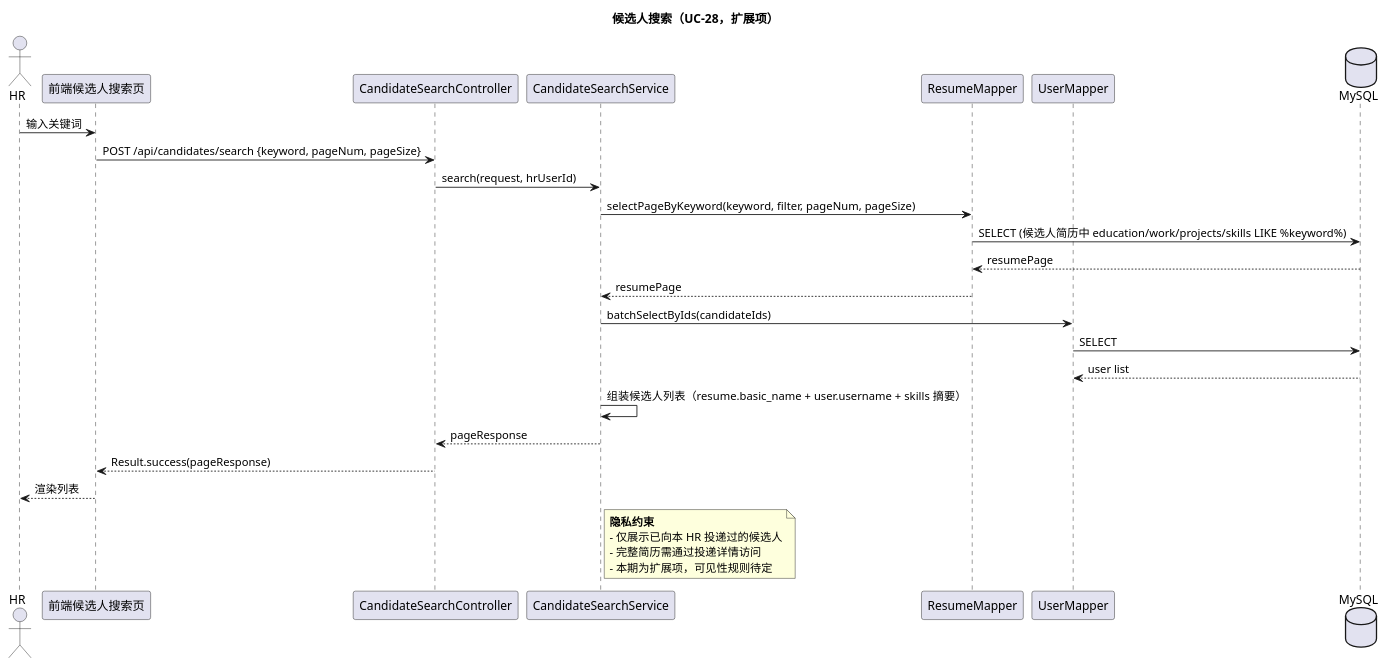
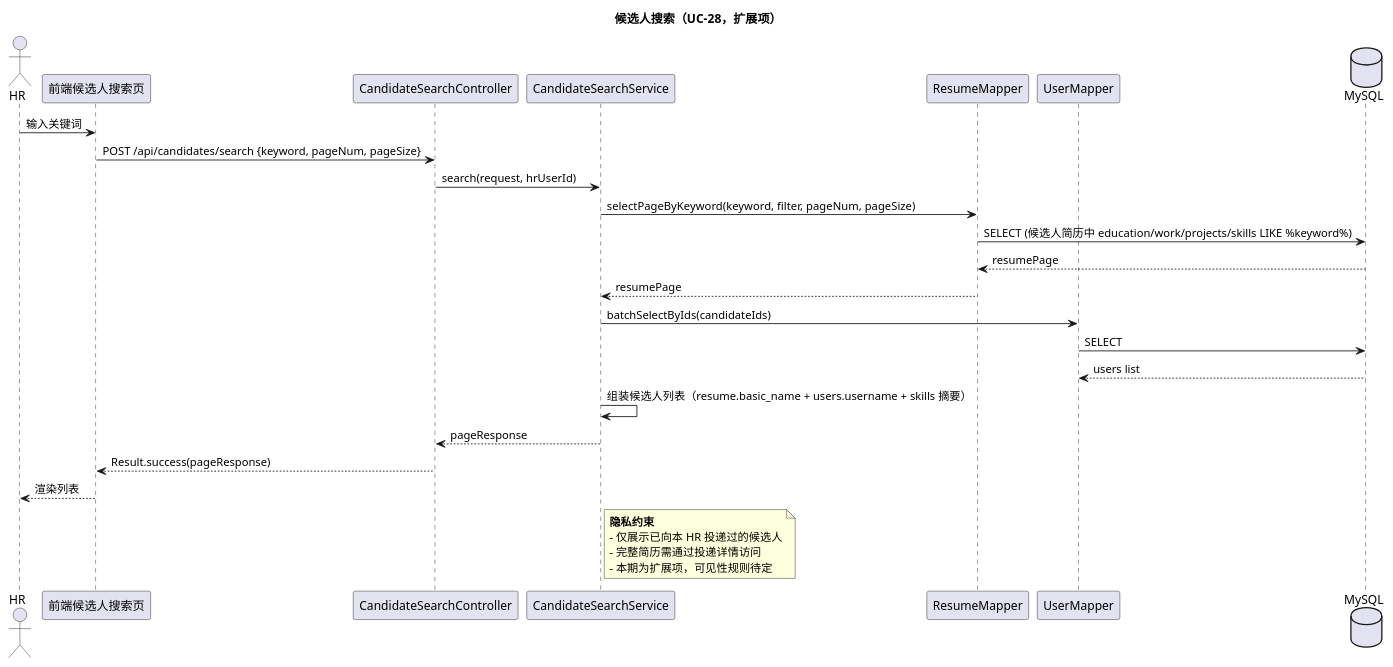
Before and after one commit to wendy-zw-yang/recruitment_system: the seventh of 7 diagrams in docs/系统设计/详细设计/职位与公司.md, drawn with PlantUML. The commit also changed other lines of this file and 166 other files, not shown here.

````diff
--- a/docs/系统设计/详细设计/职位与公司.md
+++ b/docs/系统设计/详细设计/职位与公司.md
@@ -478,36 +478,36 @@
 ```plantuml
 @startuml
 title 候选人搜索（UC-28，扩展项）
 
 actor HR
 participant "前端候选人搜索页" as FE
 participant "CandidateSearchController" as Ctl
 participant "CandidateSearchService" as Svc
 participant "ResumeMapper" as RM
 participant "UserMapper" as UM
 database "MySQL" as DB
 
 HR -> FE: 输入关键词
 FE -> Ctl: POST /api/candidates/search {keyword, pageNum, pageSize}
 Ctl -> Svc: search(request, hrUserId)
 Svc -> RM: selectPageByKeyword(keyword, filter, pageNum, pageSize)
 RM -> DB: SELECT (候选人简历中 education/work/projects/skills LIKE %keyword%)
 DB --> RM: resumePage
 RM --> Svc: resumePage
 Svc -> UM: batchSelectByIds(candidateIds)
 UM -> DB: SELECT
-DB --> UM: user list
-Svc -> Svc: 组装候选人列表（resume.basic_name + user.username + skills 摘要）
+DB --> UM: users list
+Svc -> Svc: 组装候选人列表（resume.basic_name + users.username + skills 摘要）
 Svc --> Ctl: pageResponse
 Ctl --> FE: Result.success(pageResponse)
 FE --> HR: 渲染列表
 
 note right of Svc
   **隐私约束**
   - 仅展示已向本 HR 投递过的候选人
   - 完整简历需通过投递详情访问
   - 本期为扩展项，可见性规则待定
 end note
 
 @enduml
 ```
````
